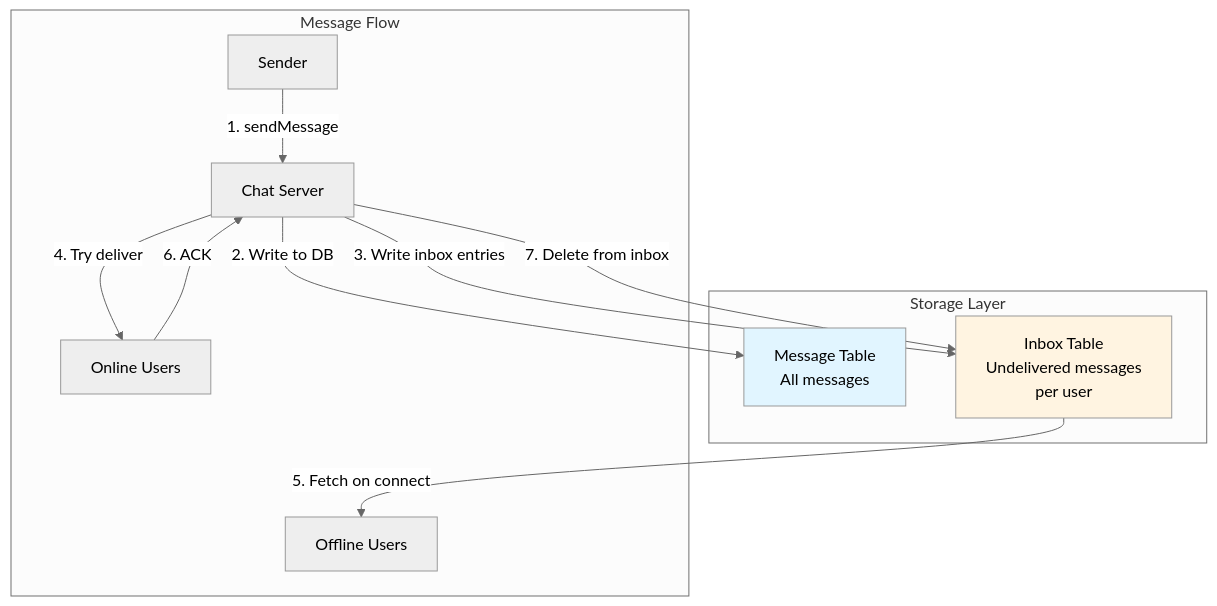
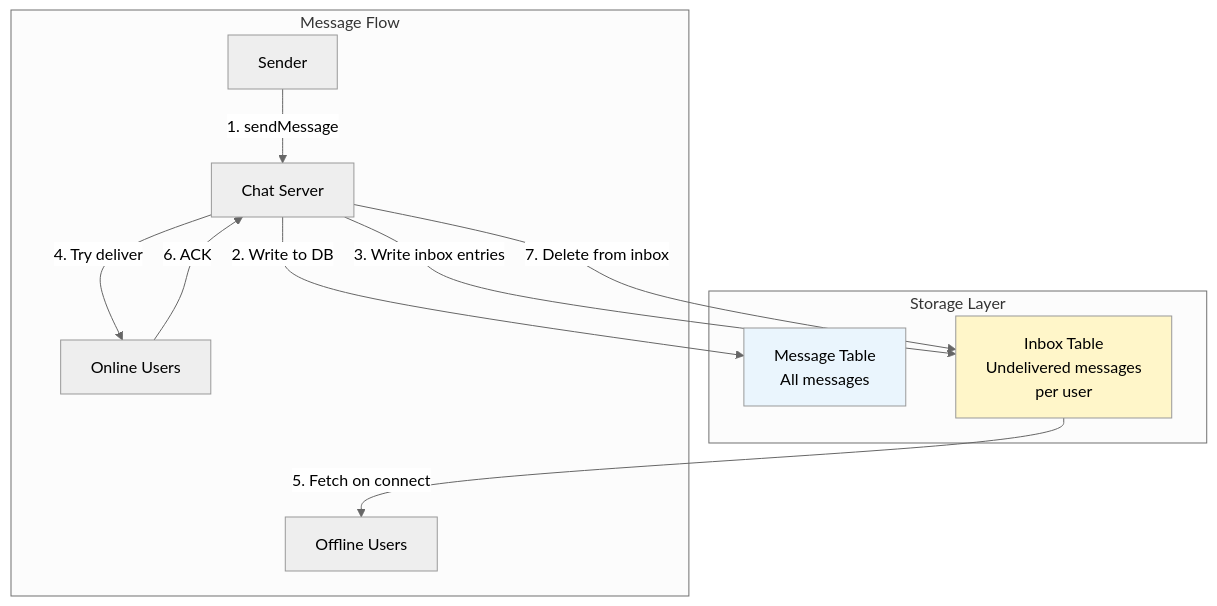
One commit to cartmancodes/InterviewVault changed the seventh of 22 diagrams in LLD/questions/Design Whatsapp.md. Above: the diagram before and after it, drawn with Mermaid (neutral theme). The commit also changed other lines of this file and 679 other files, not shown here.

Commit message:
Unify content diagrams and add accessible visual walkthroughs

````diff
--- a/LLD/questions/Design Whatsapp.md
+++ b/LLD/questions/Design Whatsapp.md
@@ -498,21 +498,21 @@
 ```mermaid
 graph TB
     subgraph "Storage Layer"
         MT[Message Table<br/>All messages]
         IT[Inbox Table<br/>Undelivered messages<br/>per user]
     end
     
     subgraph "Message Flow"
         S[Sender] -->|1. sendMessage| CS[Chat Server]
         CS -->|2. Write to DB| MT
         CS -->|3. Write inbox entries| IT
         CS -->|4. Try deliver| Online[Online Users]
         IT -->|5. Fetch on connect| Offline[Offline Users]
     end
     
     Online -->|6. ACK| CS
     CS -->|7. Delete from inbox| IT
     
-    style MT fill:#e1f5ff
-    style IT fill:#fff4e1
+    style MT fill:#EAF5FD
+    style IT fill:#FFF6C9
 ```
````
